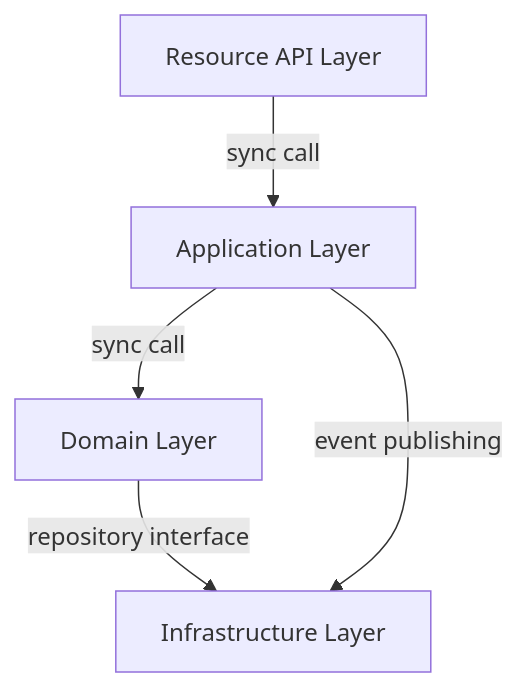
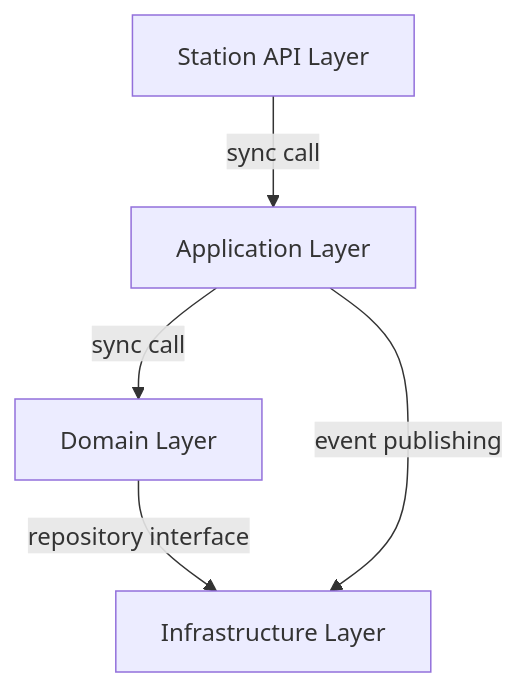
One commit to ikadar/ewlin changed the second of 10 diagrams in docs/architecture/dependency-graphs.md. Above: the diagram before and after it, drawn with Mermaid. The commit also changed other lines of this file and 539 other files, not shown here.

````diff
--- a/docs/architecture/dependency-graphs.md
+++ b/docs/architecture/dependency-graphs.md
@@ -86,12 +92,12 @@
 ```mermaid
 flowchart TD
-    API[Resource API Layer]
+    API[Station API Layer]
     App[Application Layer]
     Domain[Domain Layer]
     Infra[Infrastructure Layer]
 
     API -->|sync call| App
     App -->|sync call| Domain
     Domain -->|repository interface| Infra
     App -->|event publishing| Infra
 ```
````
